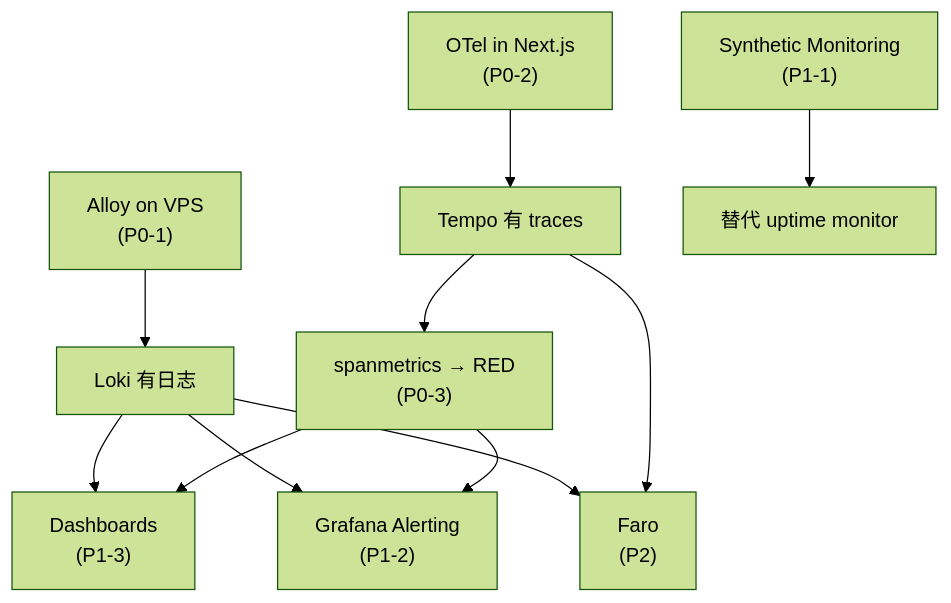
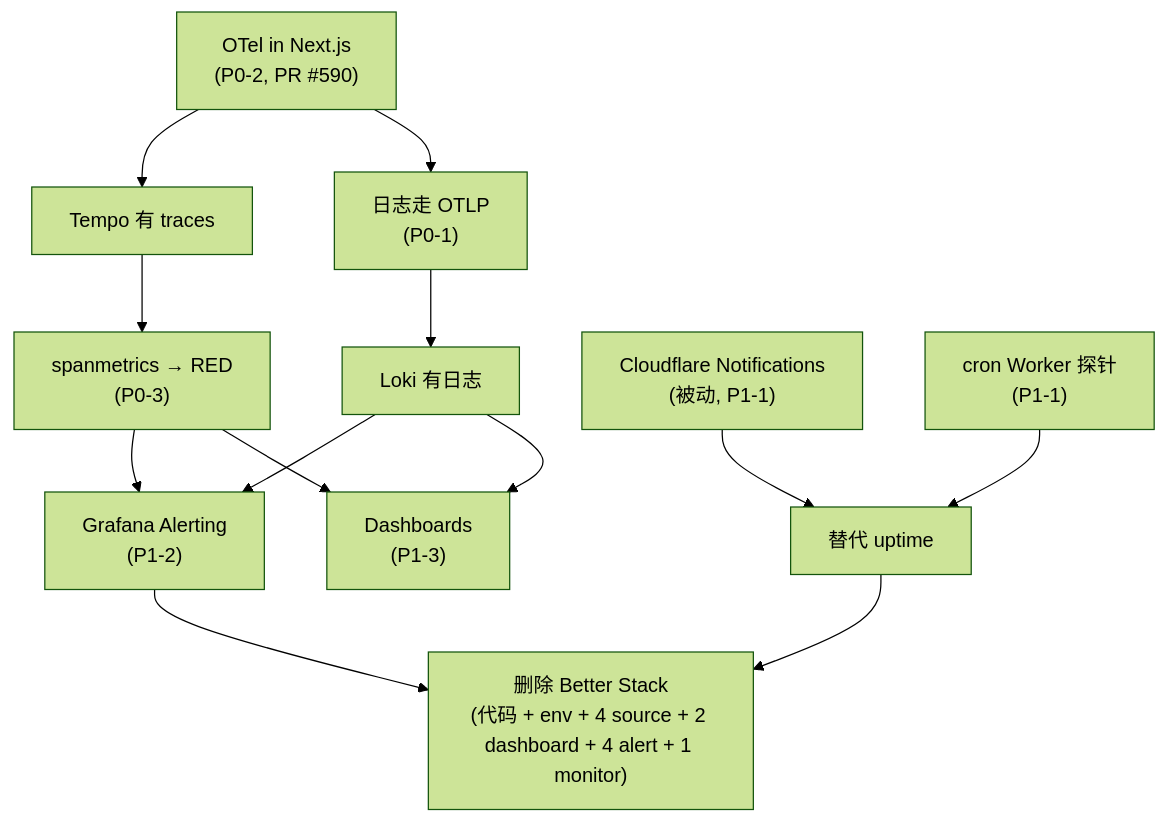
One commit to lyuzizheng/coffeemode changed the diagram in docs/devops/grafana-cloud-adoption.md. Above: the diagram before and after it, drawn with Mermaid (forest theme). The commit also changed other lines of this file, not shown here.

````diff
--- a/docs/devops/grafana-cloud-adoption.md
+++ b/docs/devops/grafana-cloud-adoption.md
@@ -252,13 +280,15 @@
 ```mermaid
 graph TD
-  A["Alloy on VPS<br/>(P0-1)"] --> B["Loki 有日志"]
-  B --> C["Grafana Alerting<br/>(P1-2)"]
-  B --> D["Dashboards<br/>(P1-3)"]
-  E["OTel in Next.js<br/>(P0-2)"] --> F["Tempo 有 traces"]
-  F --> G["spanmetrics → RED<br/>(P0-3)"]
-  G --> D
-  G --> C
-  H["Synthetic Monitoring<br/>(P1-1)"] --> I["替代 uptime monitor"]
-  B --> J["Faro<br/>(P2)"]
-  F --> J
+  A["OTel in Next.js<br/>(P0-2, PR #590)"] --> B["Tempo 有 traces"]
+  A --> C["日志走 OTLP<br/>(P0-1)"]
+  B --> D["spanmetrics → RED<br/>(P0-3)"]
+  C --> E["Loki 有日志"]
+  D --> F["Grafana Alerting<br/>(P1-2)"]
+  E --> F
+  F --> G["删除 Better Stack<br/>(代码 + env + 4 source + 2 dashboard + 4 alert + 1 monitor)"]
+  E --> H["Dashboards<br/>(P1-3)"]
+  D --> H
+  I["Cloudflare Notifications<br/>(被动, P1-1)"] --> J["替代 uptime"]
+  K["cron Worker 探针<br/>(P1-1)"] --> J
+  J --> G
 ```
````
